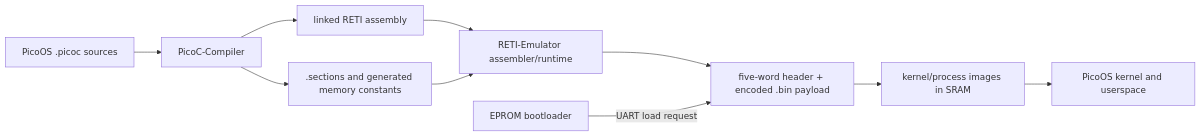
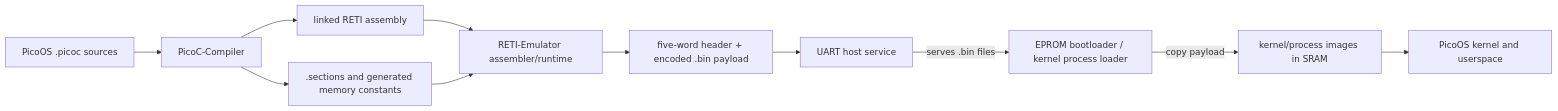
One commit to matthejue/Pico-OS changed the first of 30 diagrams in README.md. Above: the diagram before and after it, drawn with Mermaid. The commit also changed other lines of this file, not shown here.

Commit message:
updated README with clearer explanations, diagrams, and source links

````diff
--- a/README.md
+++ b/README.md
@@ -32,12 +41,13 @@
 ```mermaid
 flowchart LR
     SRC["PicoOS .picoc sources"] --> CPL["PicoC-Compiler"]
     CPL --> ASM["linked RETI assembly"]
     CPL --> SEC[".sections and generated memory constants"]
     ASM --> EMU["RETI-Emulator assembler/runtime"]
     SEC --> EMU
     EMU --> BIN["five-word header + encoded .bin payload"]
-    BOOT["EPROM bootloader"] -->|UART load request| BIN
-    BIN --> SRAM["kernel/process images in SRAM"]
+    HOST["UART host service"] -->|serves .bin files| BOOT["EPROM bootloader / kernel process loader"]
+    BIN --> HOST
+    BOOT -->|copy payload| SRAM["kernel/process images in SRAM"]
     SRAM --> K["PicoOS kernel and userspace"]
 ```
````
